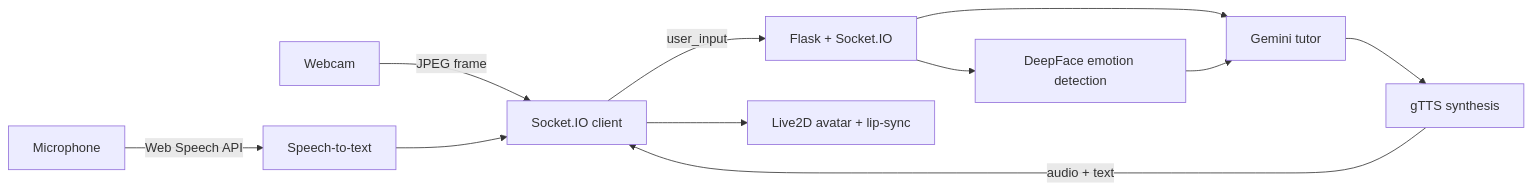
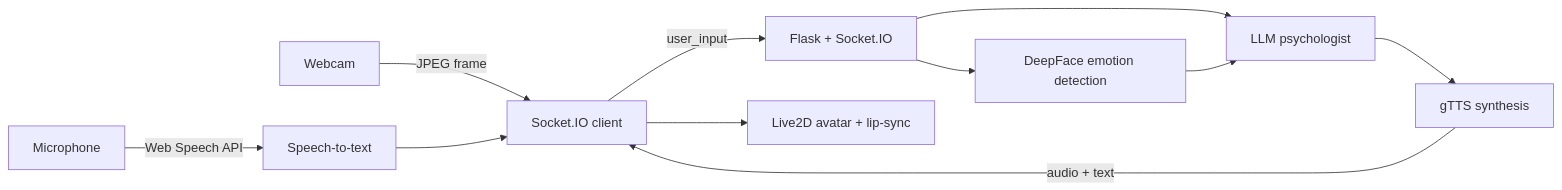
One commit to EngSenku/psy changed the diagram in README.md. Above: the diagram before and after it, drawn with Mermaid. The commit also changed other lines of this file and 2 other files, not shown here.

Commit message:
Reframe project as an emotion-aware AI psychologist; drop text input fallback

````diff
--- a/README.md
+++ b/README.md
@@ -22,13 +24,13 @@
 ```mermaid
 flowchart LR
     Mic[Microphone] -->|Web Speech API| STT[Speech-to-text]
     Cam[Webcam] -->|JPEG frame| Socket
     STT --> Socket[Socket.IO client]
     Socket -->|user_input| Server[Flask + Socket.IO]
     Server --> Emotion[DeepFace emotion detection]
-    Server --> LLM[Gemini tutor]
+    Server --> LLM[LLM psychologist]
     Emotion --> LLM
     LLM --> TTS[gTTS synthesis]
     TTS -->|audio + text| Socket
     Socket --> Avatar[Live2D avatar + lip-sync]
 ```
````
